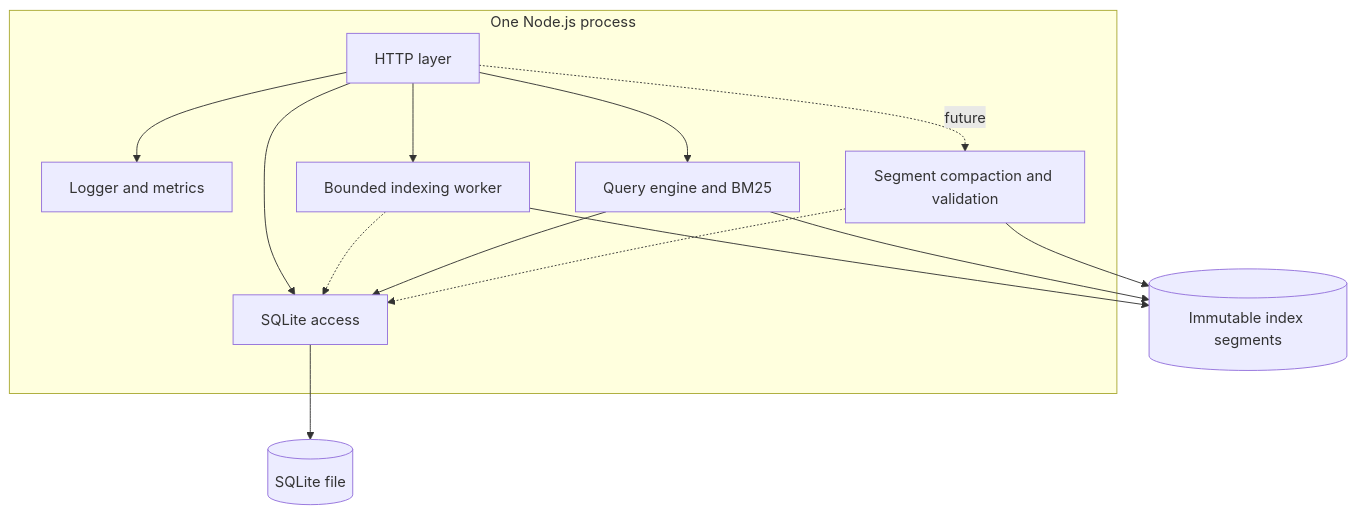
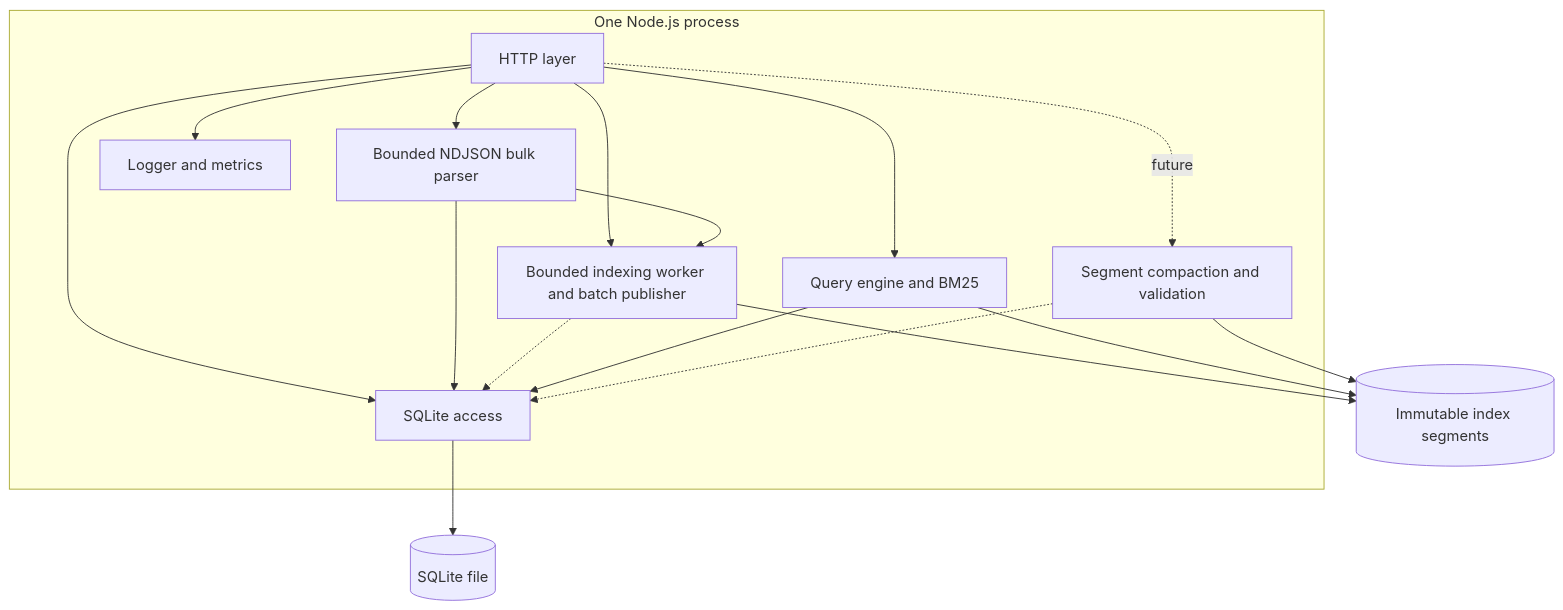
Before and after one commit to prajexec/SearchCraft: the first of 2 diagrams in docs/architecture/ARCHITECTURE.md, drawn with Mermaid. The commit also changed other lines of this file and 19 other files, not shown here.

````diff
--- a/docs/architecture/ARCHITECTURE.md
+++ b/docs/architecture/ARCHITECTURE.md
@@ -11,24 +11,28 @@
 ```mermaid
 flowchart TB
     subgraph Process[One Node.js process]
         HTTP[HTTP layer]
+        Bulk[Bounded NDJSON bulk parser]
         Observability[Logger and metrics]
         SQLiteAccess[SQLite access]
-        Indexing[Bounded indexing worker]
+        Indexing[Bounded indexing worker and batch publisher]
         Query[Query engine and BM25]
         Maintenance[Segment compaction and validation]
     end
 
     HTTP --> Observability
     HTTP --> SQLiteAccess
     HTTP --> Indexing
     HTTP --> Query
+    HTTP --> Bulk
+    Bulk --> SQLiteAccess
+    Bulk --> Indexing
     HTTP -. future .-> Maintenance
     Indexing -.-> SQLiteAccess
     Query --> SQLiteAccess
     Maintenance -.-> SQLiteAccess
     SQLiteAccess --> Database[(SQLite file)]
     Indexing --> Disk[(Immutable index segments)]
     Query --> Disk
     Maintenance --> Disk
 ```
````
